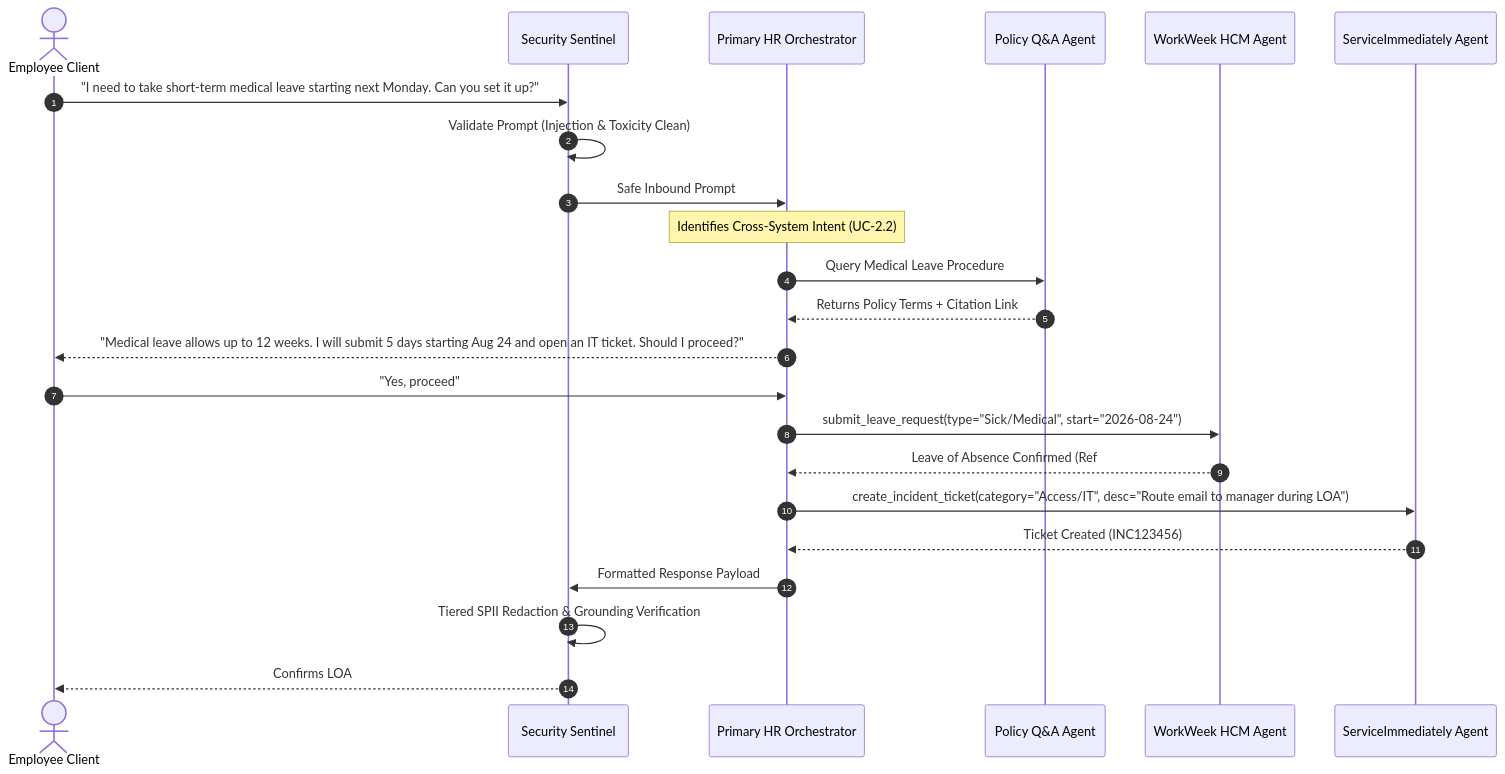
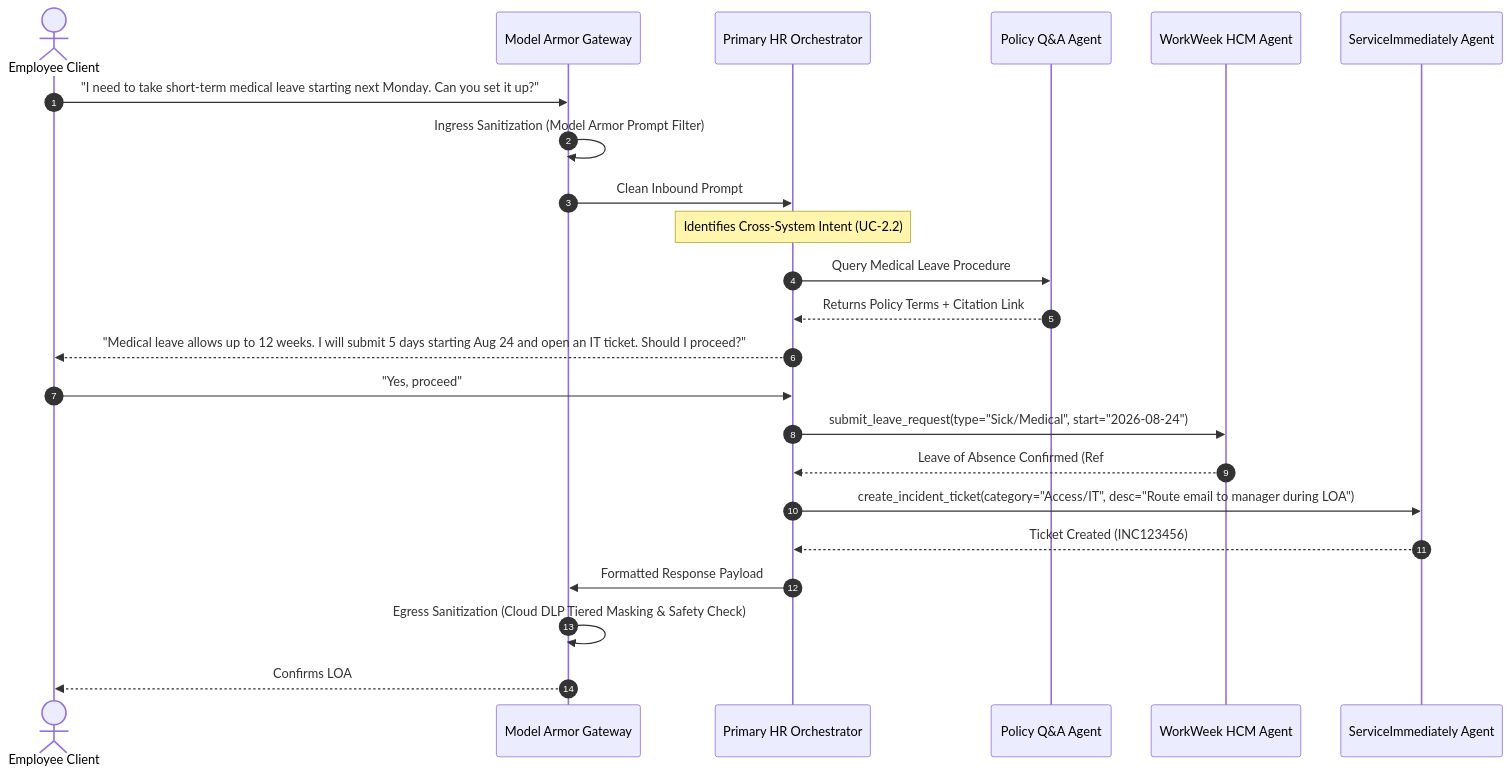
One commit to hhosur81-gcloud/so-elevated changed the diagram in docs/multi_agent_architecture.md. Above: the diagram before and after it, drawn with Mermaid. The commit also changed other lines of this file and 7 other files, not shown here.

Commit message:
feat(adr-0012): adopt Google Cloud Model Armor for enterprise security gateway with Cloud DLP

````diff
--- a/docs/multi_agent_architecture.md
+++ b/docs/multi_agent_architecture.md
@@ -76,32 +78,32 @@
 ```mermaid
 sequenceDiagram
     autonumber
     actor Employee as Employee Client
-    participant Sentinel as Security Sentinel
+    participant Sentinel as Model Armor Gateway
     participant Orch as Primary HR Orchestrator
     participant Policy as Policy Q&A Agent
     participant WorkWeek as WorkWeek HCM Agent
     participant ITSM as ServiceImmediately Agent
 
     Employee->>Sentinel: "I need to take short-term medical leave starting next Monday. Can you set it up?"
-    Sentinel->>Sentinel: Validate Prompt (Injection & Toxicity Clean)
-    Sentinel->>Orch: Safe Inbound Prompt
+    Sentinel->>Sentinel: Ingress Sanitization (Model Armor Prompt Filter)
+    Sentinel->>Orch: Clean Inbound Prompt
 
     Note over Orch: Identifies Cross-System Intent (UC-2.2)
     
     Orch->>Policy: Query Medical Leave Procedure
     Policy-->>Orch: Returns Policy Terms + Citation Link
     
     Orch-->>Employee: "Medical leave allows up to 12 weeks. I will submit 5 days starting Aug 24 and open an IT ticket. Should I proceed?"
     Employee->>Orch: "Yes, proceed"
     
     Orch->>WorkWeek: submit_leave_request(type="Sick/Medical", start="2026-08-24")
     WorkWeek-->>Orch: Leave of Absence Confirmed (Ref #LOA-9081)
     
     Orch->>ITSM: create_incident_ticket(category="Access/IT", desc="Route email to manager during LOA")
     ITSM-->>Orch: Ticket Created (INC123456)
     
     Orch->>Sentinel: Formatted Response Payload
-    Sentinel->>Sentinel: Tiered SPII Redaction & Grounding Verification
+    Sentinel->>Sentinel: Egress Sanitization (Cloud DLP Tiered Masking & Safety Check)
     Sentinel-->>Employee: Confirms LOA #LOA-9081, IT Ticket INC123456, and policy citation link.
 ```
````
